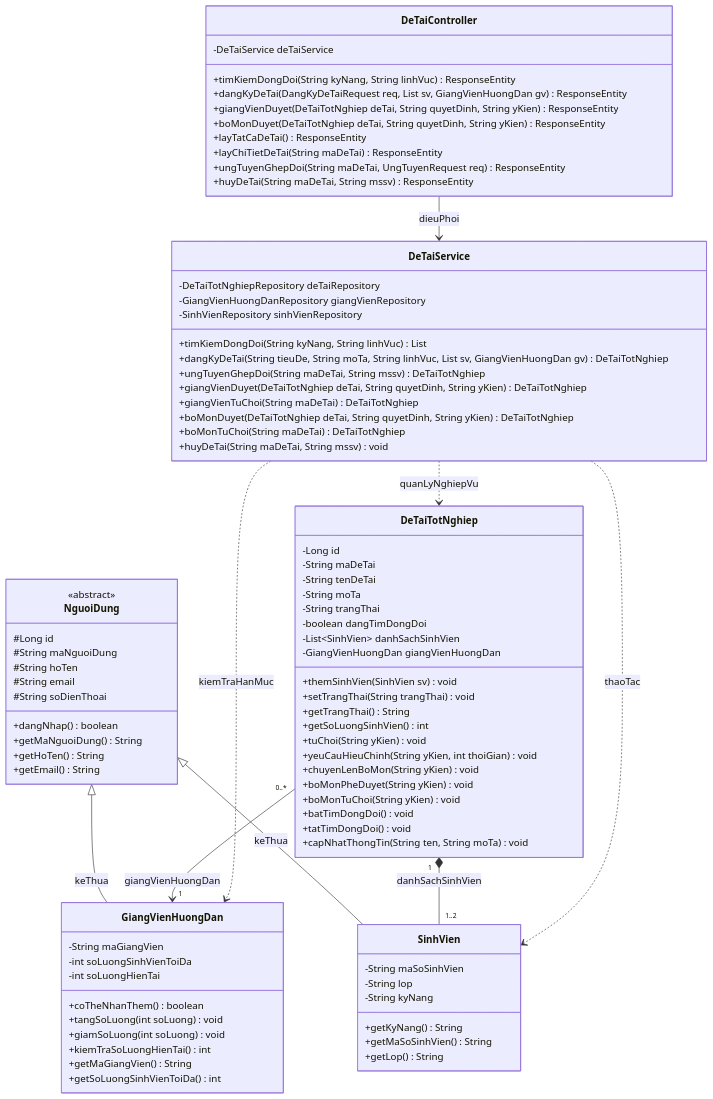
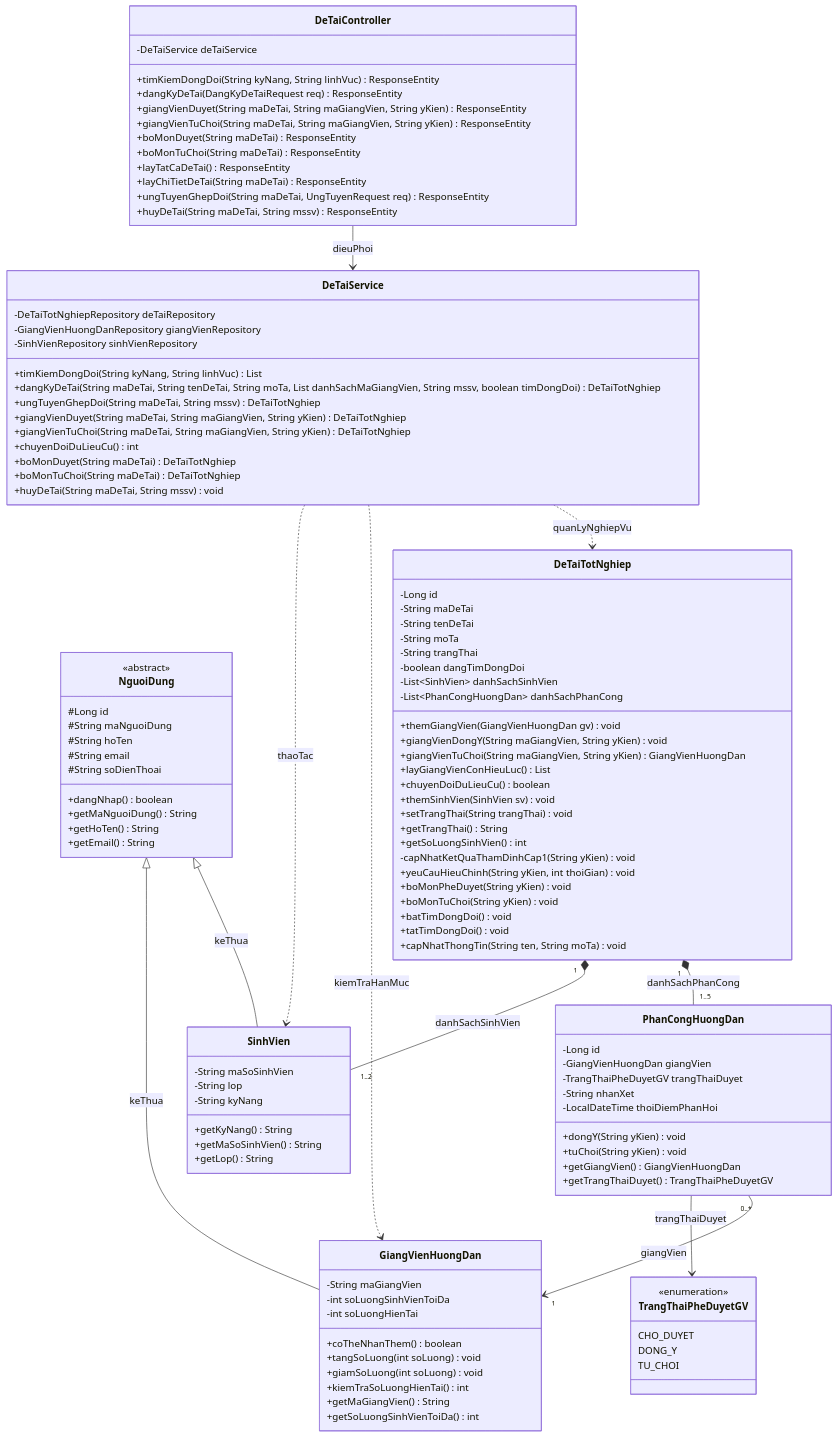
The diagram in diagrams/class.mmd (phamhuy273/thesishub), drawn with Mermaid before and after one commit. The commit also changed 27 other files, not shown here.

Commit message:
feat: Tach PhanCongHuongDan de moi giang vien tham dinh doc lap theo TD-04

```diff
--- a/diagrams/class.mmd
+++ b/diagrams/class.mmd
@@ -1,95 +1,123 @@
 classDiagram
   %% Phụ trách: N14-B
   direction TB
 
   class NguoiDung {
     <<abstract>>
     #Long id
     #String maNguoiDung
     #String hoTen
     #String email
     #String soDienThoai
     +dangNhap() boolean
     +getMaNguoiDung() String
     +getHoTen() String
     +getEmail() String
   }
 
   class SinhVien {
     -String maSoSinhVien
     -String lop
     -String kyNang
     +getKyNang() String
     +getMaSoSinhVien() String
     +getLop() String
   }
 
   class GiangVienHuongDan {
     -String maGiangVien
     -int soLuongSinhVienToiDa
     -int soLuongHienTai
     +coTheNhanThem() boolean
     +tangSoLuong(int soLuong) void
     +giamSoLuong(int soLuong) void
     +kiemTraSoLuongHienTai() int
     +getMaGiangVien() String
     +getSoLuongSinhVienToiDa() int
   }
 
+  class TrangThaiPheDuyetGV {
+    <<enumeration>>
+    CHO_DUYET
+    DONG_Y
+    TU_CHOI
+  }
+
+  class PhanCongHuongDan {
+    -Long id
+    -GiangVienHuongDan giangVien
+    -TrangThaiPheDuyetGV trangThaiDuyet
+    -String nhanXet
+    -LocalDateTime thoiDiemPhanHoi
+    +dongY(String yKien) void
+    +tuChoi(String yKien) void
+    +getGiangVien() GiangVienHuongDan
+    +getTrangThaiDuyet() TrangThaiPheDuyetGV
+  }
+
   class DeTaiTotNghiep {
     -Long id
     -String maDeTai
     -String tenDeTai
     -String moTa
     -String trangThai
     -boolean dangTimDongDoi
     -List~SinhVien~ danhSachSinhVien
-    -GiangVienHuongDan giangVienHuongDan
+    -List~PhanCongHuongDan~ danhSachPhanCong
+    +themGiangVien(GiangVienHuongDan gv) void
+    +giangVienDongY(String maGiangVien, String yKien) void
+    +giangVienTuChoi(String maGiangVien, String yKien) GiangVienHuongDan
+    +layGiangVienConHieuLuc() List
+    +chuyenDoiDuLieuCu() boolean
     +themSinhVien(SinhVien sv) void
     +setTrangThai(String trangThai) void
     +getTrangThai() String
     +getSoLuongSinhVien() int
-    +tuChoi(String yKien) void
+    -capNhatKetQuaThamDinhCap1(String yKien) void
     +yeuCauHieuChinh(String yKien, int thoiGian) void
-    +chuyenLenBoMon(String yKien) void
     +boMonPheDuyet(String yKien) void
     +boMonTuChoi(String yKien) void
     +batTimDongDoi() void
     +tatTimDongDoi() void
     +capNhatThongTin(String ten, String moTa) void
   }
 
   class DeTaiService {
     -DeTaiTotNghiepRepository deTaiRepository
     -GiangVienHuongDanRepository giangVienRepository
     -SinhVienRepository sinhVienRepository
     +timKiemDongDoi(String kyNang, String linhVuc) List
-    +dangKyDeTai(String tieuDe, String moTa, String linhVuc, List sv, GiangVienHuongDan gv) DeTaiTotNghiep
+    +dangKyDeTai(String maDeTai, String tenDeTai, String moTa, List danhSachMaGiangVien, String mssv, boolean timDongDoi) DeTaiTotNghiep
     +ungTuyenGhepDoi(String maDeTai, String mssv) DeTaiTotNghiep
-    +giangVienDuyet(DeTaiTotNghiep deTai, String quyetDinh, String yKien) DeTaiTotNghiep
-    +giangVienTuChoi(String maDeTai) DeTaiTotNghiep
-    +boMonDuyet(DeTaiTotNghiep deTai, String quyetDinh, String yKien) DeTaiTotNghiep
+    +giangVienDuyet(String maDeTai, String maGiangVien, String yKien) DeTaiTotNghiep
+    +giangVienTuChoi(String maDeTai, String maGiangVien, String yKien) DeTaiTotNghiep
+    +chuyenDoiDuLieuCu() int
+    +boMonDuyet(String maDeTai) DeTaiTotNghiep
     +boMonTuChoi(String maDeTai) DeTaiTotNghiep
     +huyDeTai(String maDeTai, String mssv) void
   }
 
   class DeTaiController {
     -DeTaiService deTaiService
     +timKiemDongDoi(String kyNang, String linhVuc) ResponseEntity
-    +dangKyDeTai(DangKyDeTaiRequest req, List sv, GiangVienHuongDan gv) ResponseEntity
-    +giangVienDuyet(DeTaiTotNghiep deTai, String quyetDinh, String yKien) ResponseEntity
-    +boMonDuyet(DeTaiTotNghiep deTai, String quyetDinh, String yKien) ResponseEntity
+    +dangKyDeTai(DangKyDeTaiRequest req) ResponseEntity
+    +giangVienDuyet(String maDeTai, String maGiangVien, String yKien) ResponseEntity
+    +giangVienTuChoi(String maDeTai, String maGiangVien, String yKien) ResponseEntity
+    +boMonDuyet(String maDeTai) ResponseEntity
+    +boMonTuChoi(String maDeTai) ResponseEntity
     +layTatCaDeTai() ResponseEntity
     +layChiTietDeTai(String maDeTai) ResponseEntity
     +ungTuyenGhepDoi(String maDeTai, UngTuyenRequest req) ResponseEntity
     +huyDeTai(String maDeTai, String mssv) ResponseEntity
   }
 
   NguoiDung <|-- SinhVien : keThua
   NguoiDung <|-- GiangVienHuongDan : keThua
-  DeTaiTotNghiep "0..*" --> "1" GiangVienHuongDan : giangVienHuongDan
+  DeTaiTotNghiep "1" *-- "1..5" PhanCongHuongDan : danhSachPhanCong
+  PhanCongHuongDan "0..*" --> "1" GiangVienHuongDan : giangVien
+  PhanCongHuongDan --> TrangThaiPheDuyetGV : trangThaiDuyet
   DeTaiTotNghiep "1" *-- "1..2" SinhVien : danhSachSinhVien
   DeTaiService ..> DeTaiTotNghiep : quanLyNghiepVu
   DeTaiService ..> GiangVienHuongDan : kiemTraHanMuc
   DeTaiService ..> SinhVien : thaoTac
   DeTaiController --> DeTaiService : dieuPhoi
```
